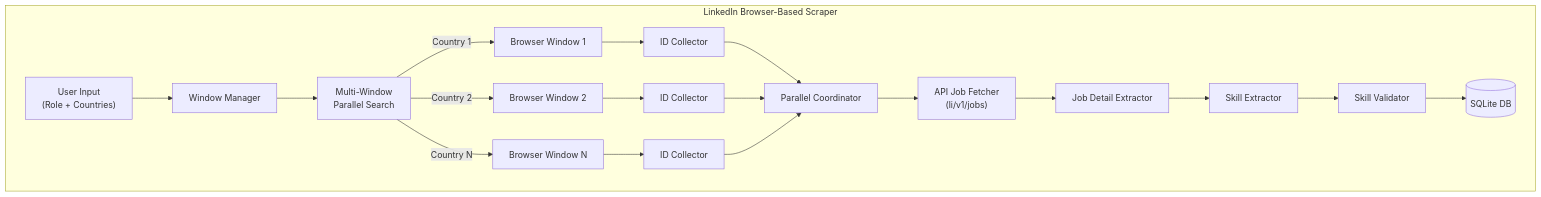
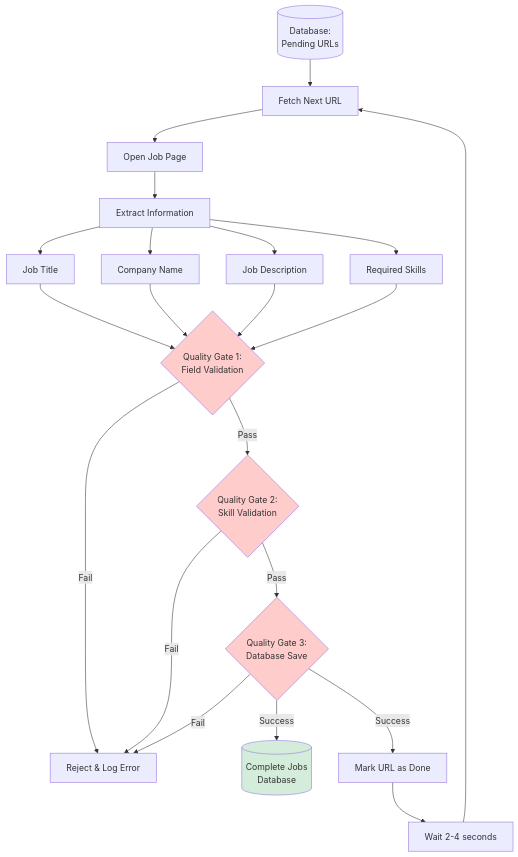
The second of 3 diagrams in README.md (Codebasics-Content/job-scrapper), drawn with Mermaid before and after one commit. The commit also changed other lines of this file and 5 other files, not shown here.

````diff
--- a/README.md
+++ b/README.md
@@ -531,24 +113,34 @@
 ```mermaid
 graph TB
-    subgraph "LinkedIn Browser-Based Scraper"
-        U["User Input<br/>(Role + Countries)"] --> WM[Window Manager]
-        WM --> MW["Multi-Window<br/>Parallel Search"]
-        MW --> |Country 1| B1[Browser Window 1]
-        MW --> |Country 2| B2[Browser Window 2]
-        MW --> |Country N| B3[Browser Window N]
-        
-        B1 --> ID1[ID Collector]
-        B2 --> ID2[ID Collector]
-        B3 --> ID3[ID Collector]
-        
-        ID1 --> PC[Parallel Coordinator]
-        ID2 --> PC
-        ID3 --> PC
-        
-        PC --> API["API Job Fetcher<br/>(li/v1/jobs)"]
-        API --> JD[Job Detail Extractor]
-        JD --> SE[Skill Extractor]
-        SE --> SV[Skill Validator]
-        SV --> DB[(SQLite DB)]
-    end
+    A[(Database:<br/>Pending URLs)] --> B[Fetch Next URL]
+    B --> C[Open Job Page]
+    C --> D[Extract Information]
+    
+    D --> E[Job Title]
+    D --> F[Company Name]
+    D --> G[Job Description]
+    D --> H[Required Skills]
+    
+    E --> I{Quality Gate 1:<br/>Field Validation}
+    F --> I
+    G --> I
+    H --> I
+    
+    I -->|Pass| J{Quality Gate 2:<br/>Skill Validation}
+    I -->|Fail| K[Reject & Log Error]
+    
+    J -->|Pass| L{Quality Gate 3:<br/>Database Save}
+    J -->|Fail| K
+    
+    L -->|Success| M[(Complete Jobs<br/>Database)]
+    L -->|Success| N[Mark URL as Done]
+    L -->|Fail| K
+    
+    N --> O[Wait 2-4 seconds]
+    O --> B
+    
+    style I fill:#ffcccc
+    style J fill:#ffcccc
+    style L fill:#ffcccc
+    style M fill:#d4edda
 ```
````
